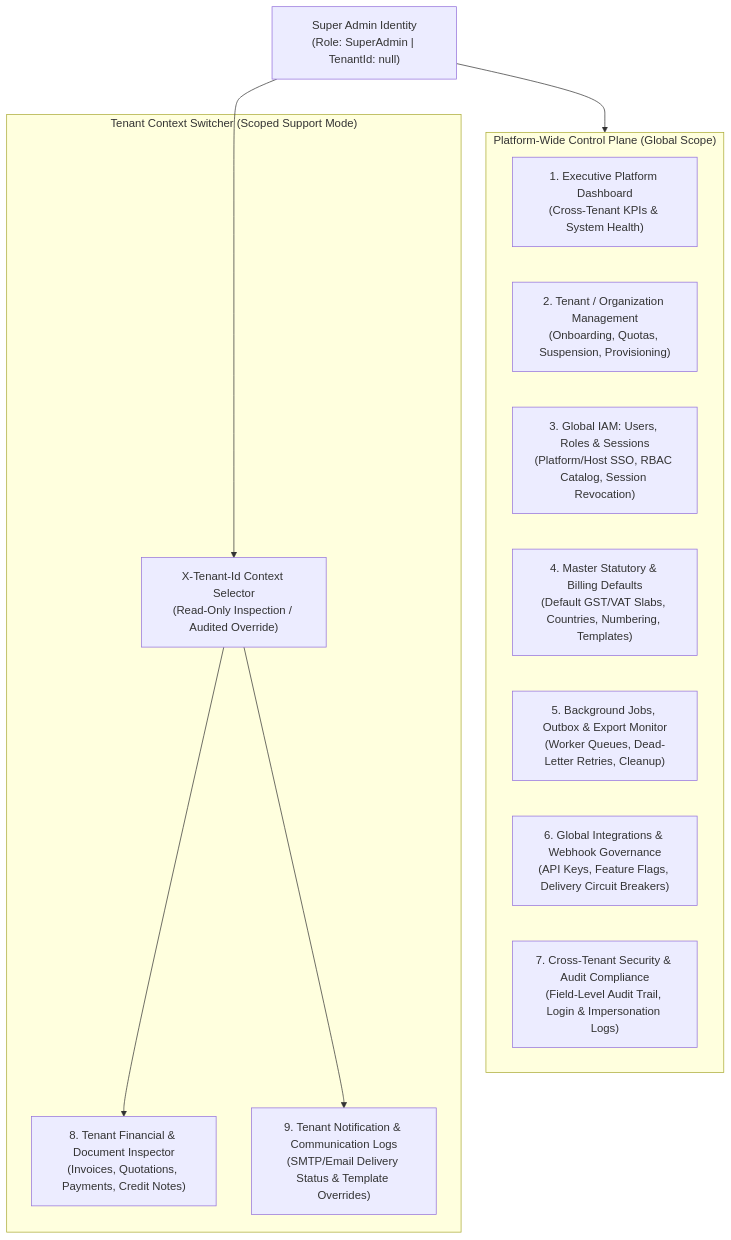
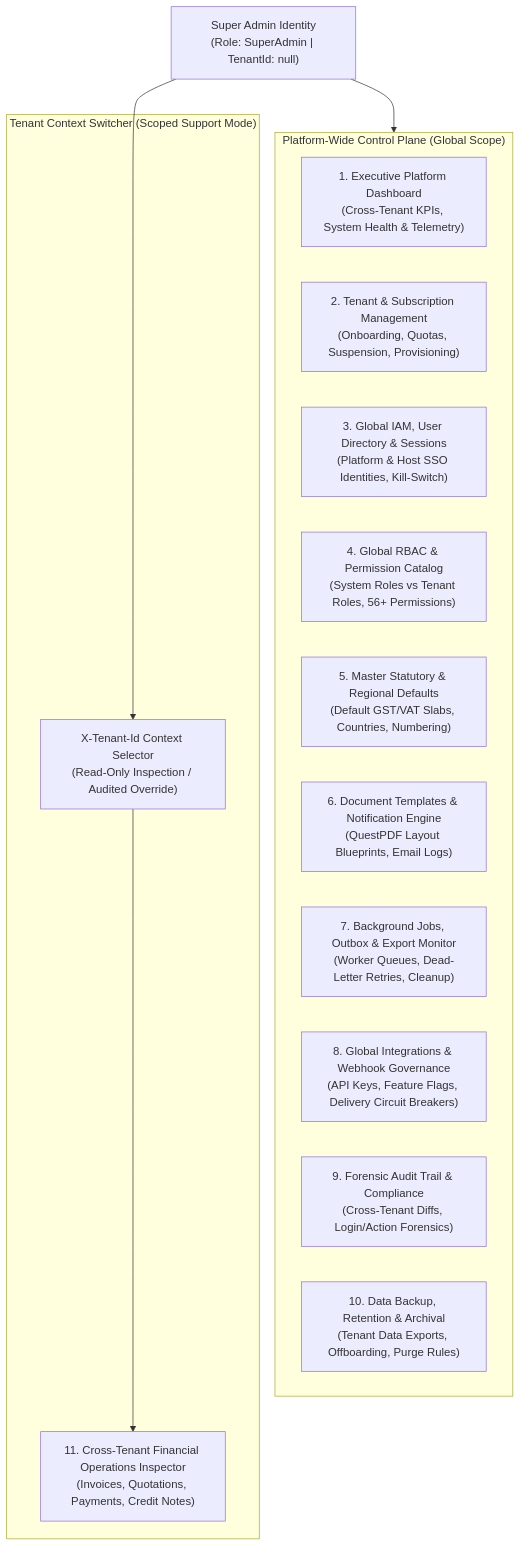
The first of 6 diagrams in docs/IBMS_Super_Admin_Role_Requirements.md (PirnavAdmin/IBMS), drawn with Mermaid before and after one commit. The commit also changed other lines of this file and 30 other files, not shown here.

````diff
--- a/docs/IBMS_Super_Admin_Role_Requirements.md
+++ b/docs/IBMS_Super_Admin_Role_Requirements.md
@@ -26,25 +27,26 @@
 ```mermaid
 flowchart TD
     SA["Super Admin Identity<br/>(Role: SuperAdmin | TenantId: null)"]
     
     subgraph GlobalScope["Platform-Wide Control Plane (Global Scope)"]
-        M1["1. Executive Platform Dashboard<br/>(Cross-Tenant KPIs & System Health)"]
-        M2["2. Tenant / Organization Management<br/>(Onboarding, Quotas, Suspension, Provisioning)"]
-        M3["3. Global IAM: Users, Roles & Sessions<br/>(Platform/Host SSO, RBAC Catalog, Session Revocation)"]
-        M4["4. Master Statutory & Billing Defaults<br/>(Default GST/VAT Slabs, Countries, Numbering, Templates)"]
-        M5["5. Background Jobs, Outbox & Export Monitor<br/>(Worker Queues, Dead-Letter Retries, Cleanup)"]
-        M6["6. Global Integrations & Webhook Governance<br/>(API Keys, Feature Flags, Delivery Circuit Breakers)"]
-        M7["7. Cross-Tenant Security & Audit Compliance<br/>(Field-Level Audit Trail, Login & Impersonation Logs)"]
+        M1["1. Executive Platform Dashboard<br/>(Cross-Tenant KPIs, System Health & Telemetry)"]
+        M2["2. Tenant & Subscription Management<br/>(Onboarding, Quotas, Suspension, Provisioning)"]
+        M3["3. Global IAM, User Directory & Sessions<br/>(Platform & Host SSO Identities, Kill-Switch)"]
+        M4["4. Global RBAC & Permission Catalog<br/>(System Roles vs Tenant Roles, 56+ Permissions)"]
+        M5["5. Master Statutory & Regional Defaults<br/>(Default GST/VAT Slabs, Countries, Numbering)"]
+        M6["6. Document Templates & Notification Engine<br/>(QuestPDF Layout Blueprints, Email Logs)"]
+        M7["7. Background Jobs, Outbox & Export Monitor<br/>(Worker Queues, Dead-Letter Retries, Cleanup)"]
+        M8["8. Global Integrations & Webhook Governance<br/>(API Keys, Feature Flags, Delivery Circuit Breakers)"]
+        M9["9. Forensic Audit Trail & Compliance<br/>(Cross-Tenant Diffs, Login/Action Forensics)"]
+        M10["10. Data Backup, Retention & Archival<br/>(Tenant Data Exports, Offboarding, Purge Rules)"]
     end
 
     subgraph TenantScope["Tenant Context Switcher (Scoped Support Mode)"]
         TCS["X-Tenant-Id Context Selector<br/>(Read-Only Inspection / Audited Override)"]
-        M8["8. Tenant Financial & Document Inspector<br/>(Invoices, Quotations, Payments, Credit Notes)"]
-        M9["9. Tenant Notification & Communication Logs<br/>(SMTP/Email Delivery Status & Template Overrides)"]
+        M11["11. Cross-Tenant Financial Operations Inspector<br/>(Invoices, Quotations, Payments, Credit Notes)"]
     end
 
     SA --> GlobalScope
     SA --> TCS
-    TCS --> M8
-    TCS --> M9
+    TCS --> M11
 ```
````
